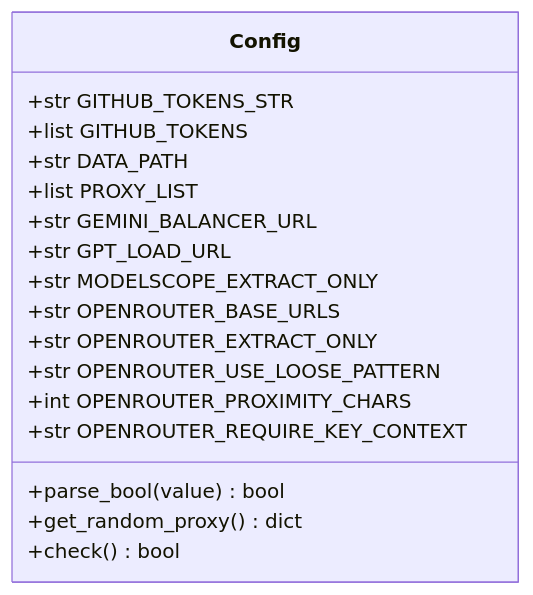
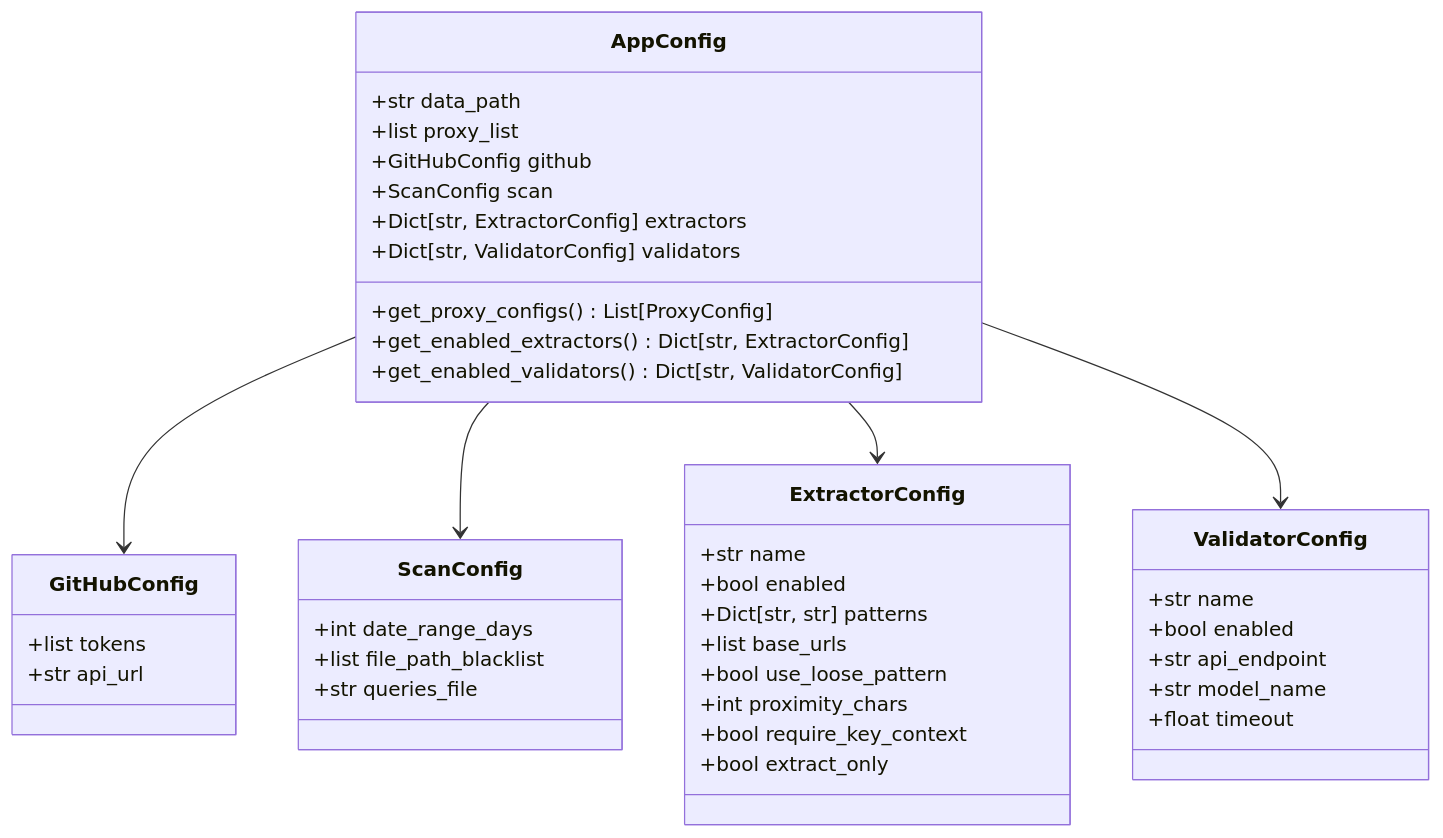
One commit to james-6-23/APIKEY-king changed the fourth of 8 diagrams in .qoder/repowiki/zh/content/开发者指南/代码架构与模块设计/主控制器设计.md. Above: the diagram before and after it, drawn with Mermaid. The commit also changed other lines of this file and 49 other files, not shown here.

````diff
--- a/.qoder/repowiki/zh/content/开发者指南/代码架构与模块设计/主控制器设计.md
+++ b/.qoder/repowiki/zh/content/开发者指南/代码架构与模块设计/主控制器设计.md
@@ -152,20 +163,44 @@
 ```mermaid
 classDiagram
-class Config {
-+str GITHUB_TOKENS_STR
-+list GITHUB_TOKENS
-+str DATA_PATH
-+list PROXY_LIST
-+str GEMINI_BALANCER_URL
-+str GPT_LOAD_URL
-+str MODELSCOPE_EXTRACT_ONLY
-+str OPENROUTER_BASE_URLS
-+str OPENROUTER_EXTRACT_ONLY
-+str OPENROUTER_USE_LOOSE_PATTERN
-+int OPENROUTER_PROXIMITY_CHARS
-+str OPENROUTER_REQUIRE_KEY_CONTEXT
-+parse_bool(value) bool
-+get_random_proxy() dict
-+check() bool
+class AppConfig {
++str data_path
++list proxy_list
++GitHubConfig github
++ScanConfig scan
++Dict[str, ExtractorConfig] extractors
++Dict[str, ValidatorConfig] validators
++get_proxy_configs() List[ProxyConfig]
++get_enabled_extractors() Dict[str, ExtractorConfig]
++get_enabled_validators() Dict[str, ValidatorConfig]
 }
+class GitHubConfig {
++list tokens
++str api_url
+}
+class ScanConfig {
++int date_range_days
++list file_path_blacklist
++str queries_file
+}
+class ExtractorConfig {
++str name
++bool enabled
++Dict[str, str] patterns
++list base_urls
++bool use_loose_pattern
++int proximity_chars
++bool require_key_context
++bool extract_only
+}
+class ValidatorConfig {
++str name
++bool enabled
++str api_endpoint
++str model_name
++float timeout
+}
+AppConfig --> GitHubConfig
+AppConfig --> ScanConfig
+AppConfig --> ExtractorConfig
+AppConfig --> ValidatorConfig
 ```
````
